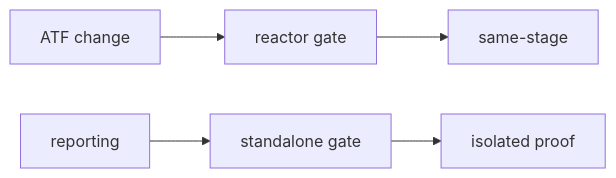
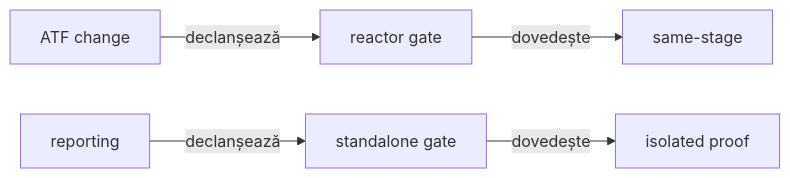
Before and after one commit to crististefanita/demo2: the fifth of 6 diagrams in docs/ATF_Build_And_Execution_Safety.md, drawn with Mermaid. The commit also changed other lines of this file and 52 other files, not shown here.

Commit message:
Expand Java ATF reporting diagnostics and documentation

````diff
--- a/docs/ATF_Build_And_Execution_Safety.md
+++ b/docs/ATF_Build_And_Execution_Safety.md
@@ -169,7 +169,7 @@
 ```mermaid
 flowchart LR
-    Changed["ATF change"] --> Reactor["reactor gate"]
-    Reactor --> SameSources["same-stage"]
-    Standalone["reporting"] --> Isolated["standalone gate"]
-    Isolated --> IsolatedProof["isolated proof"]
+    Changed["ATF change"] -->|declanșează| Reactor["reactor gate"]
+    Reactor -->|dovedește| SameSources["same-stage"]
+    Standalone["reporting"] -->|declanșează| Isolated["standalone gate"]
+    Isolated -->|dovedește| IsolatedProof["isolated proof"]
 ```
````
